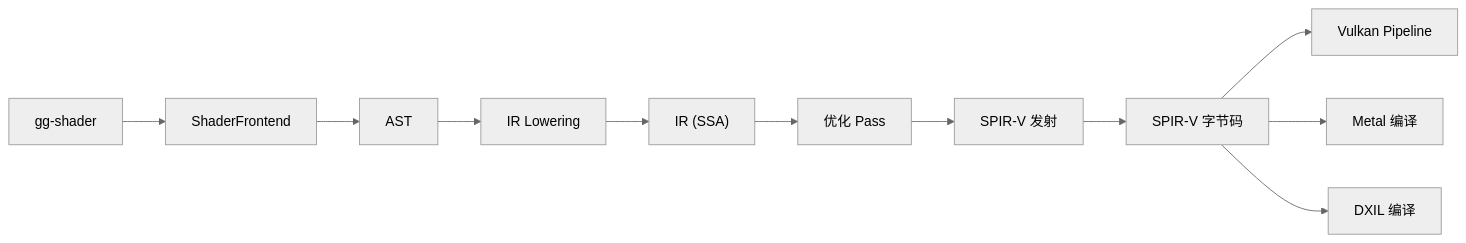
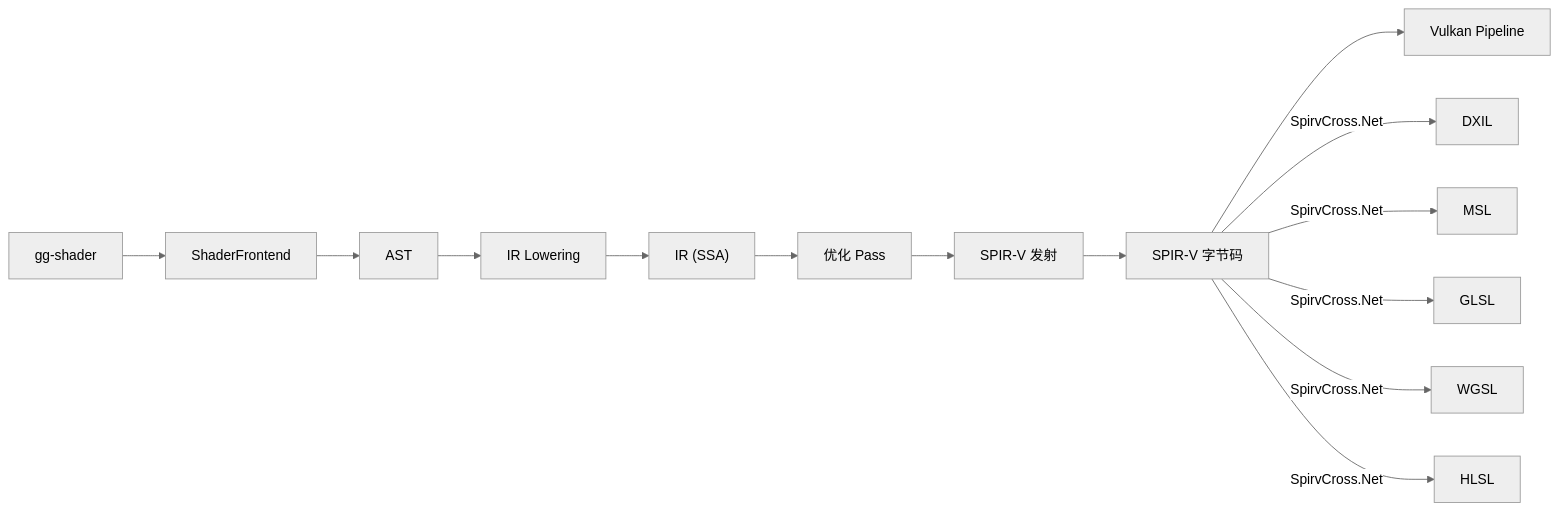
One commit to game-gpt/Gnosis.cs changed the second of 3 diagrams in documentation/zh-hans/development/rendering.md. Above: the diagram before and after it, drawn with Mermaid (neutral theme). The commit also changed other lines of this file and 4 other files, not shown here.

````diff
--- a/documentation/zh-hans/development/rendering.md
+++ b/documentation/zh-hans/development/rendering.md
@@ -103,13 +107,16 @@
 ```mermaid
 flowchart LR
     GGShader["gg-shader"] --> Frontend["ShaderFrontend"]
     Frontend --> AST["AST"]
     AST --> Lowering["IR Lowering"]
     Lowering --> IR["IR (SSA)"]
     IR --> Optimize["优化 Pass"]
     Optimize --> SPIRV_Emit["SPIR-V 发射"]
     SPIRV_Emit --> SPIRV["SPIR-V 字节码"]
     SPIRV --> Vulkan["Vulkan Pipeline"]
-    SPIRV --> Metal_Compile["Metal 编译"]
-    SPIRV --> DXIL["DXIL 编译"]
+    SPIRV -->|"SpirvCross.Net"| DXIL["DXIL"]
+    SPIRV -->|"SpirvCross.Net"| MSL["MSL"]
+    SPIRV -->|"SpirvCross.Net"| GLSL["GLSL"]
+    SPIRV -->|"SpirvCross.Net"| WGSL["WGSL"]
+    SPIRV -->|"SpirvCross.Net"| HLSL["HLSL"]
 ```
````
